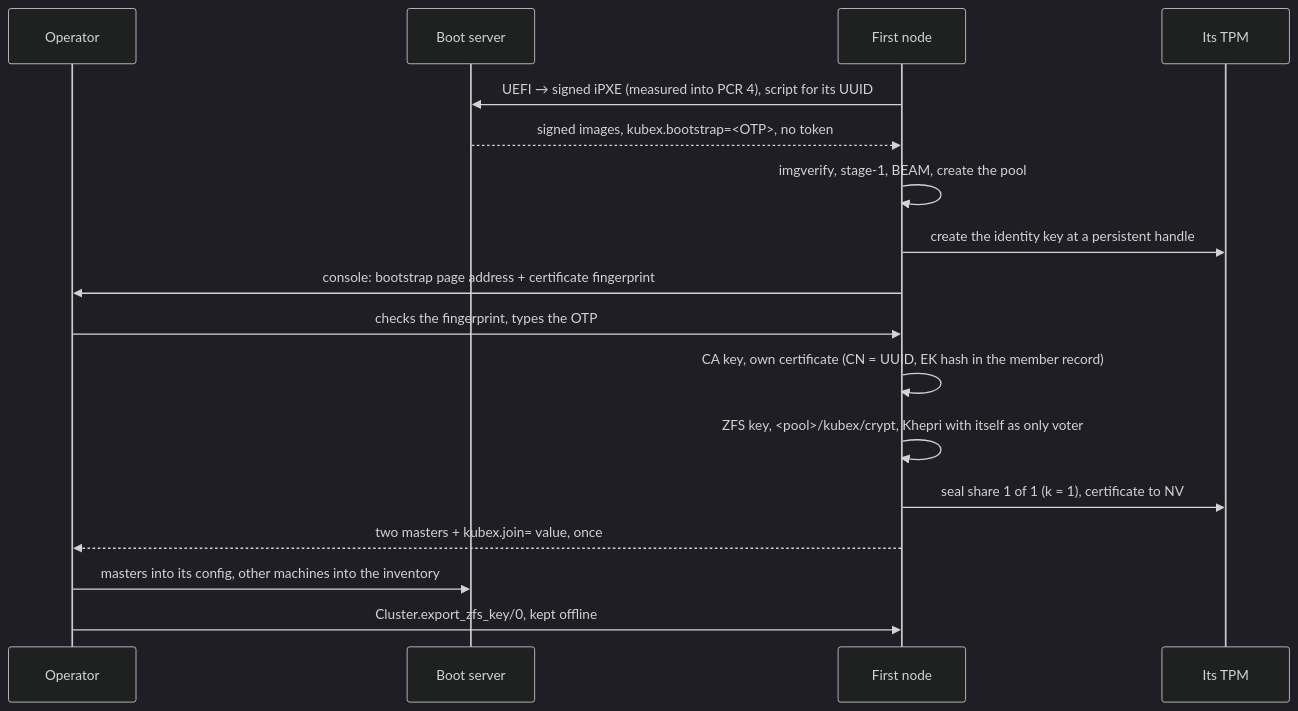
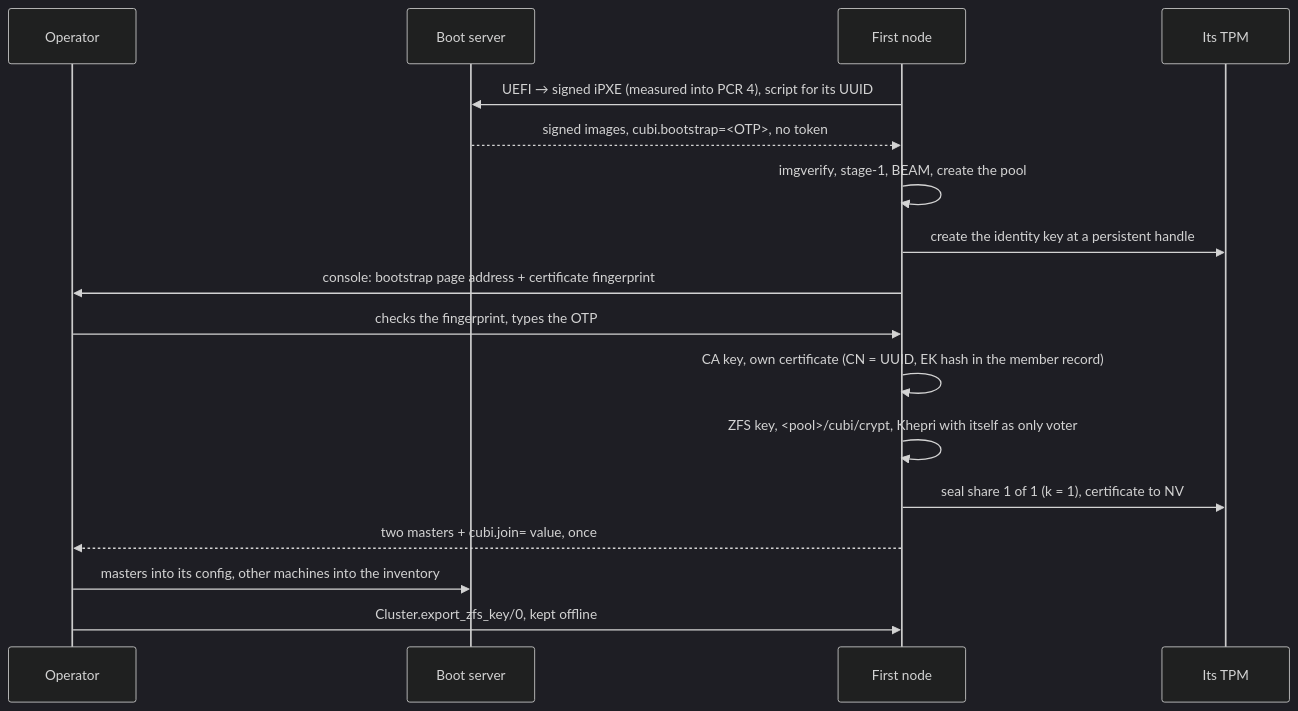
Before and after one commit to jeanparpaillon/cubi: the first of 2 diagrams in docs/security.md, drawn with Mermaid (dark theme). The commit also changed other lines of this file and 173 other files, not shown here.

Commit message:
Rename kubex -> cubi

````diff
--- a/docs/security.md
+++ b/docs/security.md
@@ -86,20 +86,20 @@
 ```mermaid
 sequenceDiagram
     participant O as Operator
     participant BS as Boot server
     participant N as First node
     participant T as Its TPM
 
     N->>BS: UEFI → signed iPXE (measured into PCR 4), script for its UUID
-    BS-->>N: signed images, kubex.bootstrap=<OTP>, no token
+    BS-->>N: signed images, cubi.bootstrap=<OTP>, no token
     N->>N: imgverify, stage-1, BEAM, create the pool
     N->>T: create the identity key at a persistent handle
     N->>O: console: bootstrap page address + certificate fingerprint
     O->>N: checks the fingerprint, types the OTP
     N->>N: CA key, own certificate (CN = UUID, EK hash in the member record)
-    N->>N: ZFS key, <pool>/kubex/crypt, Khepri with itself as only voter
+    N->>N: ZFS key, <pool>/cubi/crypt, Khepri with itself as only voter
     N->>T: seal share 1 of 1 (k = 1), certificate to NV
-    N-->>O: two masters + kubex.join= value, once
+    N-->>O: two masters + cubi.join= value, once
     O->>BS: masters into its config, other machines into the inventory
     O->>N: Cluster.export_zfs_key/0, kept offline
 ```
````
